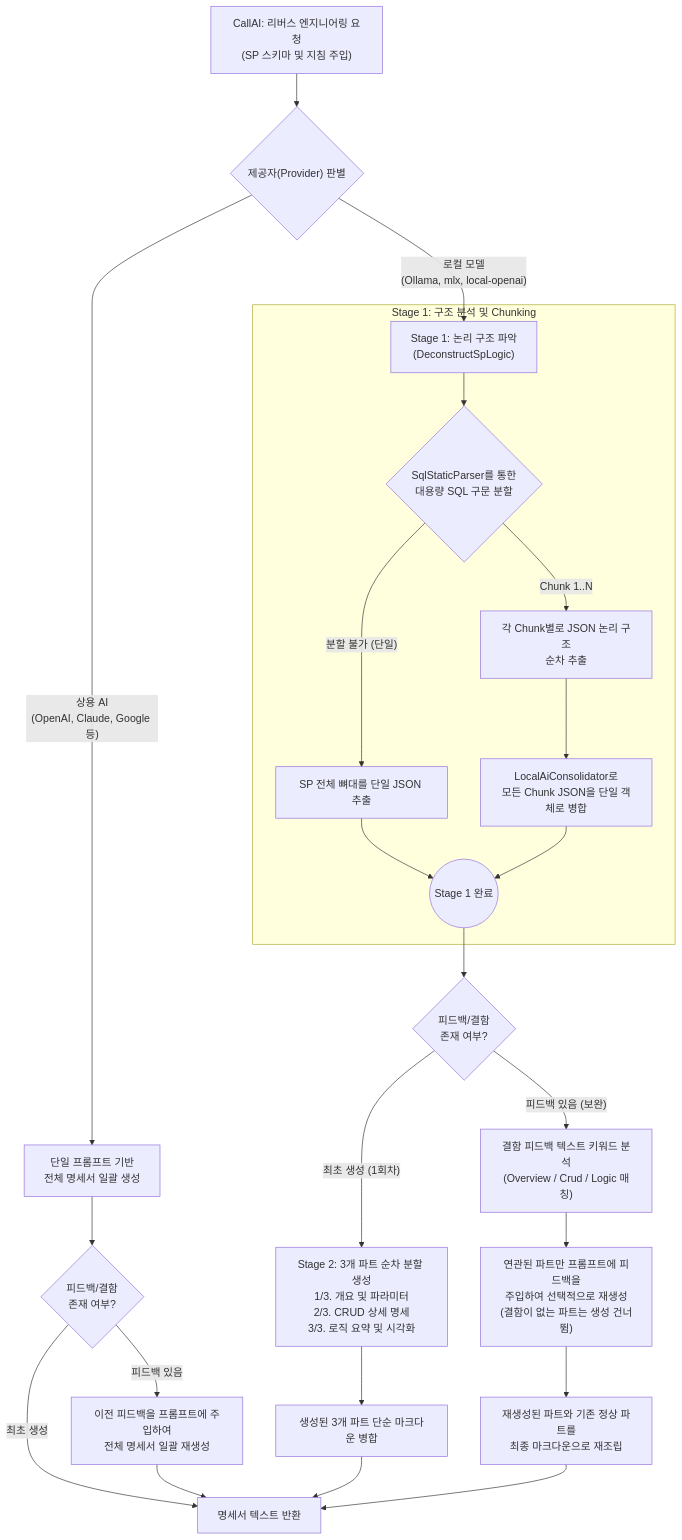
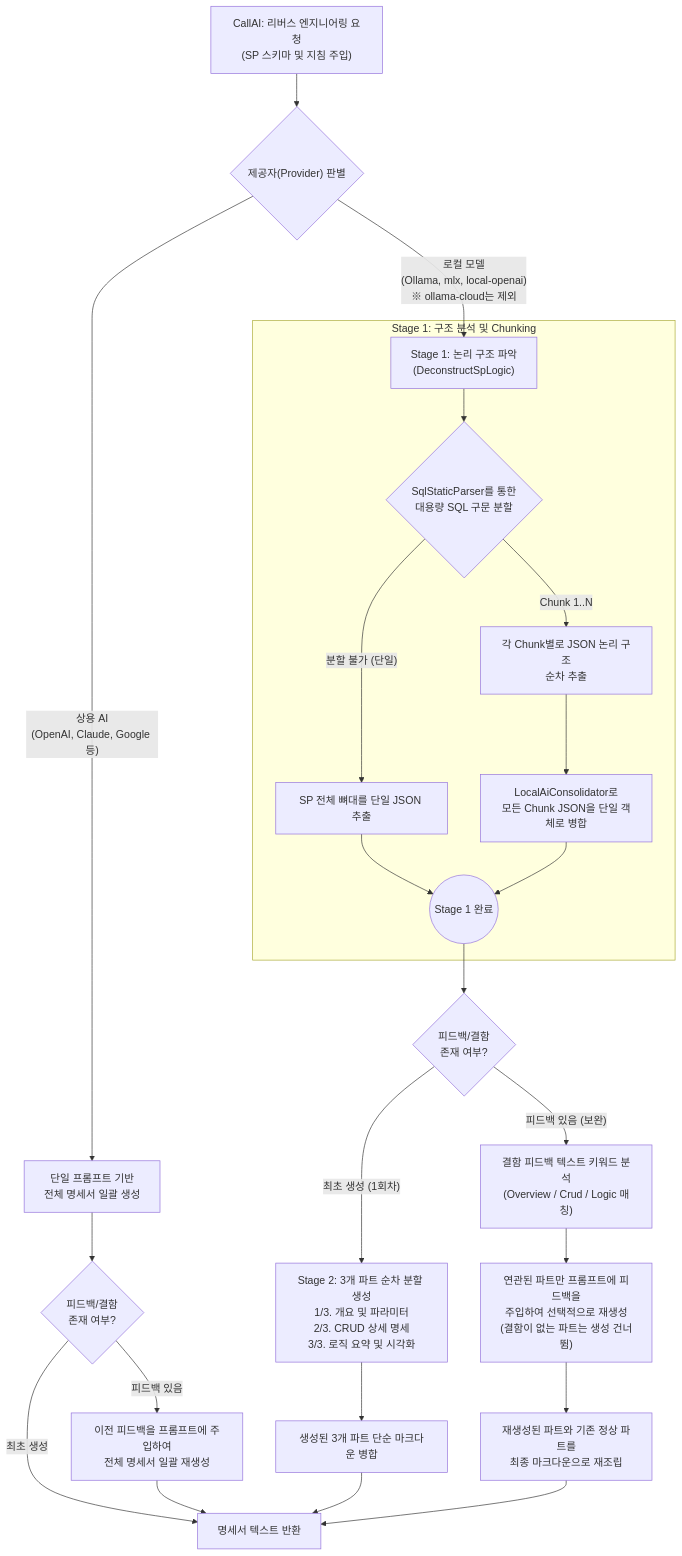
The eighth of 9 diagrams in docs/architecture.md (moondae815/ReSet), drawn with Mermaid before and after one commit. The commit also changed other lines of this file and 9 other files, not shown here.

````diff
--- a/docs/architecture.md
+++ b/docs/architecture.md
@@ -504,36 +504,36 @@
 ```mermaid
 graph TD
     Start["CallAI: 리버스 엔지니어링 요청<br/>(SP 스키마 및 지침 주입)"] --> ProviderCheck{"제공자(Provider) 판별"}
 
     %% 상용 AI (일괄 생성)
     ProviderCheck -- "상용 AI<br/>(OpenAI, Claude, Google 등)" --> CommercialMono["단일 프롬프트 기반<br/>전체 명세서 일괄 생성"]
     CommercialMono --> CheckFeedback1{"피드백/결함<br/>존재 여부?"}
     CheckFeedback1 -- "최초 생성" --> ReturnSpec["명세서 텍스트 반환"]
     CheckFeedback1 -- "피드백 있음" --> CommercialMonoRe["이전 피드백을 프롬프트에 주입하여<br/>전체 명세서 일괄 재생성"]
     CommercialMonoRe --> ReturnSpec
 
     %% 로컬 AI (분할 생성 - Ollama, mlx-lm 등 IsLocalProvider 대상)
-    ProviderCheck -- "로컬 모델<br/>(Ollama, mlx, local-openai)" --> OllamaDeconstruct["Stage 1: 논리 구조 파악<br/>(DeconstructSpLogic)"]
+    ProviderCheck -- "로컬 모델<br/>(Ollama, mlx, local-openai)<br/>※ ollama-cloud는 제외" --> OllamaDeconstruct["Stage 1: 논리 구조 파악<br/>(DeconstructSpLogic)"]
 
     subgraph Stage1["Stage 1: 구조 분석 및 Chunking"]
         OllamaDeconstruct --> SqlParser{"SqlStaticParser를 통한<br/>대용량 SQL 구문 분할"}
         SqlParser -- "분할 불가 (단일)" --> ExtractMono["SP 전체 뼈대를 단일 JSON 추출"]
         SqlParser -- "Chunk 1..N" --> ExtractChunks["각 Chunk별로 JSON 논리 구조<br/>순차 추출"]
         ExtractChunks --> Consolidator["LocalAiConsolidator로<br/>모든 Chunk JSON을 단일 객체로 병합"]
         
         ExtractMono --> Stage1End(("Stage 1 완료"))
         Consolidator --> Stage1End
     end
 
     Stage1End --> CheckFeedback2{"피드백/결함<br/>존재 여부?"}
     
     CheckFeedback2 -- "최초 생성 (1회차)" --> OllamaSeqAll["Stage 2: 3개 파트 순차 분할 생성<br/>1/3. 개요 및 파라미터<br/>2/3. CRUD 상세 명세<br/>3/3. 로직 요약 및 시각화"]
     OllamaSeqAll --> OllamaAssemble["생성된 3개 파트 단순 마크다운 병합"]
     
     CheckFeedback2 -- "피드백 있음 (보완)" --> OllamaFeedbackParse["결함 피드백 텍스트 키워드 분석<br/>(Overview / Crud / Logic 매칭)"]
     OllamaFeedbackParse --> OllamaSeqSelective["연관된 파트만 프롬프트에 피드백을<br/>주입하여 선택적으로 재생성<br/>(결함이 없는 파트는 생성 건너뜀)"]
     OllamaSeqSelective --> OllamaAssembleSelective["재생성된 파트와 기존 정상 파트를<br/>최종 마크다운으로 재조립"]
     
     OllamaAssemble --> ReturnSpec
     OllamaAssembleSelective --> ReturnSpec
 ```
````
